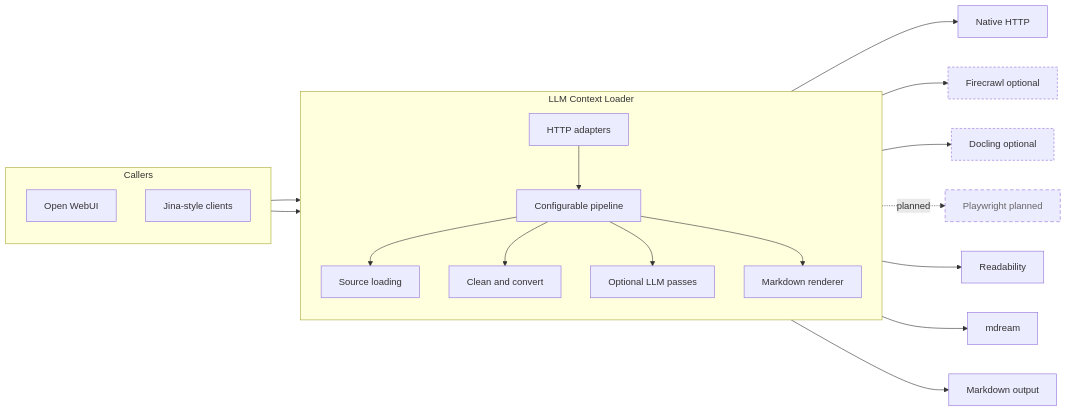
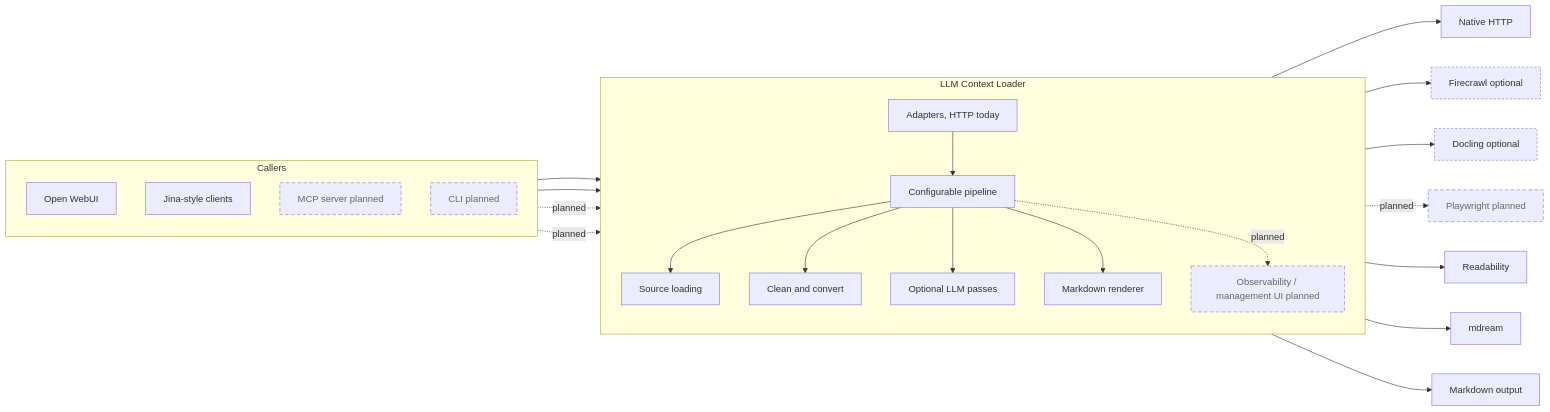
Before and after one commit to sousekd/llm-context-loader: the diagram in README.md, drawn with Mermaid.

Commit message:
docs(readme): update component chart with planned extensions

````diff
--- a/README.md
+++ b/README.md
@@ -14,35 +14,40 @@
 ```mermaid
 flowchart LR
   subgraph callers[Callers]
     direction TB
     owui[Open WebUI]
     jina[Jina-style clients]
+    mcp[MCP server planned]
+    cli[CLI planned]
   end
 
   owui --> adapters
   jina --> adapters
+  mcp -. planned .-> adapters
+  cli -. planned .-> adapters
 
   subgraph service[LLM Context Loader]
     direction TB
-    adapters[HTTP adapters] --> pipeline[Configurable pipeline]
+    adapters[Adapters, HTTP today] --> pipeline[Configurable pipeline]
     pipeline --> source[Source loading]
     pipeline --> process[Clean and convert]
     pipeline --> optionalLlm[Optional LLM passes]
     pipeline --> render[Markdown renderer]
+    pipeline -. planned .-> observability[Observability / management UI planned]
   end
 
   source --> native[Native HTTP]
   source --> firecrawl[Firecrawl optional]
   source --> docling[Docling optional]
   source -. planned .-> playwright[Playwright planned]
 
   process --> readability[Readability]
   process --> mdream[mdream]
 
   render --> markdown[Markdown output]
 
   classDef optional stroke-dasharray: 4 3;
   classDef planned stroke-dasharray: 6 4,color:#666;
   class firecrawl,docling optional;
-  class playwright planned;
+  class playwright,mcp,cli,observability planned;
 ```
````
